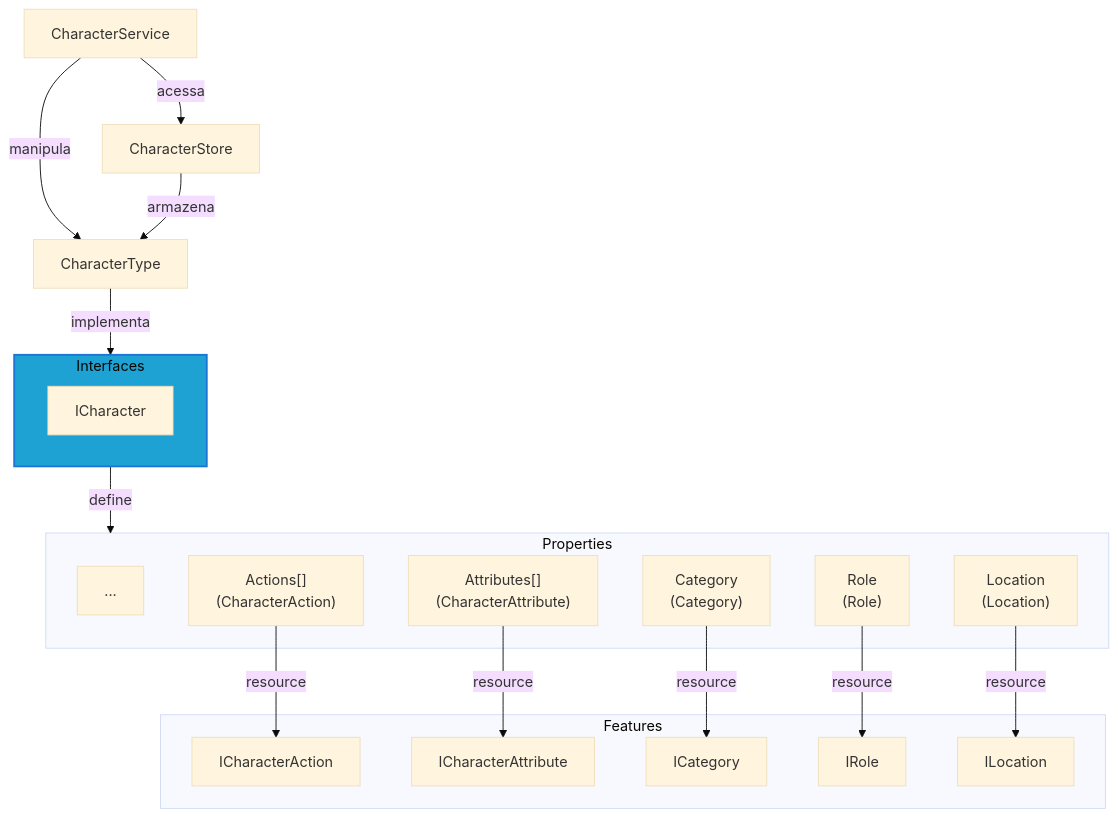
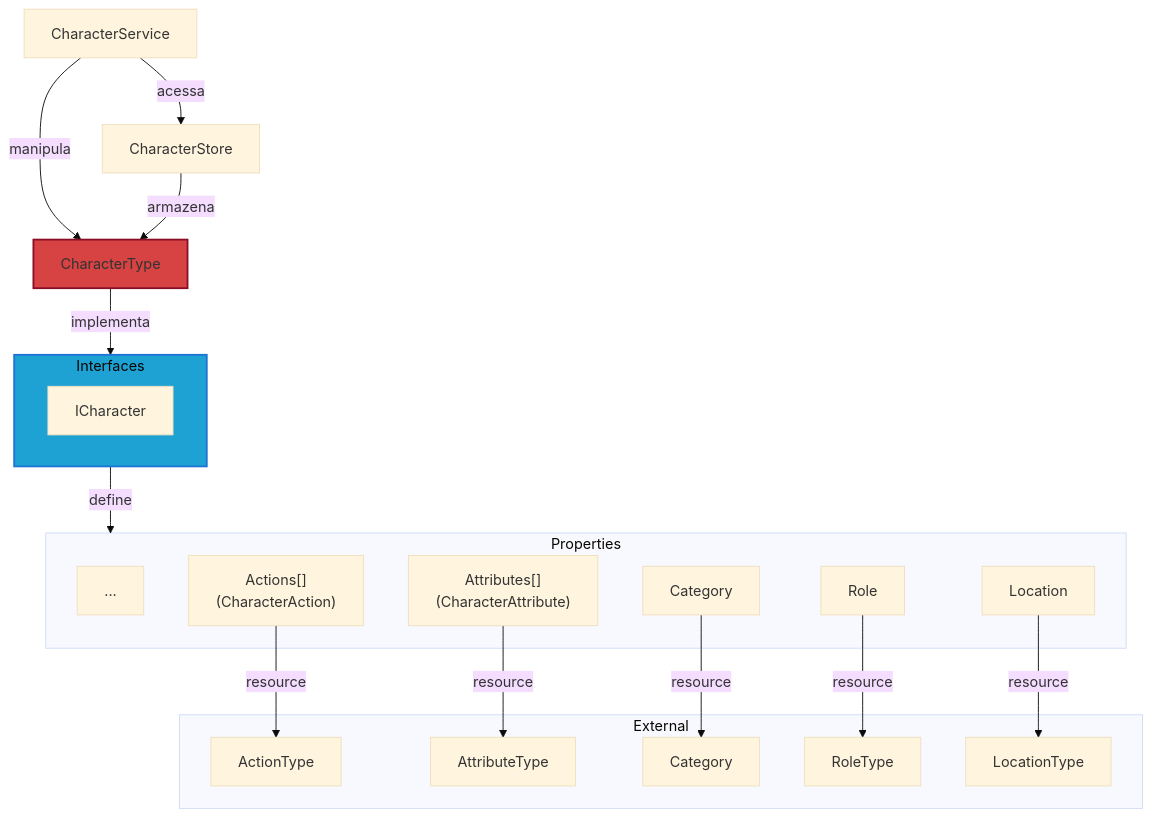
Before and after one commit to Space-Wizard-Studios/sw-game-dice-rolling: the diagram in docs/content/architecture/02-features/characters.md, drawn with Mermaid (base theme). The commit also changed other lines of this file and 4 other files, not shown here.

Commit message:
Update architecture documentation: enhance feature overviews and clarify resource types

````diff
--- a/docs/content/architecture/02-features/characters.md
+++ b/docs/content/architecture/02-features/characters.md
@@ -9,45 +11,46 @@
 ```mermaid
 flowchart
-    subgraph Interfaces
-        ICharacter
-    end
-
-    CharacterType
+    Types["CharacterType"]
 
     CharacterService
 
     CharacterStore
 
+    subgraph Interfaces
+        ICharacter
+    end
+
     subgraph Properties
         Other["..."]
         CharacterAction["Actions[]<br>(CharacterAction)"]
         CharacterAttribute["Attributes[]<br>(CharacterAttribute)"]
-        Category["Category<br>(Category)"]
-        Role["Role<br>(Role)"]
-        Location["Location<br>(Location)"]
+        Category["Category"]
+        Role["Role"]
+        Location["Location"]
     end
 
-    subgraph Features
-        ActionFeature[ICharacterAction]
-        AttributeFeature[ICharacterAttribute]
-        CategoryFeature[ICategory]
-        RoleFeature[IRole]
-        LocationFeature[ILocation]
+    subgraph External
+        ActionFeature[ActionType]
+        AttributeFeature[AttributeType]
+        CategoryFeature[Category]
+        RoleFeature[RoleType]
+        LocationFeature[LocationType]
     end
 
-    CharacterType-->|implementa|Interfaces
+    Types-->|implementa|Interfaces
 
     Interfaces-->|define|Properties
 
-    CharacterService-->|manipula|CharacterType
+    CharacterService-->|manipula|Types
     CharacterService-->|acessa|CharacterStore
-    CharacterStore-->|armazena|CharacterType
+    CharacterStore-->|armazena|Types
 
     CharacterAction-->|resource|ActionFeature
     CharacterAttribute-->|resource|AttributeFeature
     Category-->|resource|CategoryFeature
     Role-->|resource|RoleFeature
     Location-->|resource|LocationFeature
 
+    style Types fill:#d74242,stroke:#8a0d26,stroke-width:2px;
     style Interfaces fill:#1da2d3,stroke:#1c74d5,stroke-width:2px;
 ```
````
